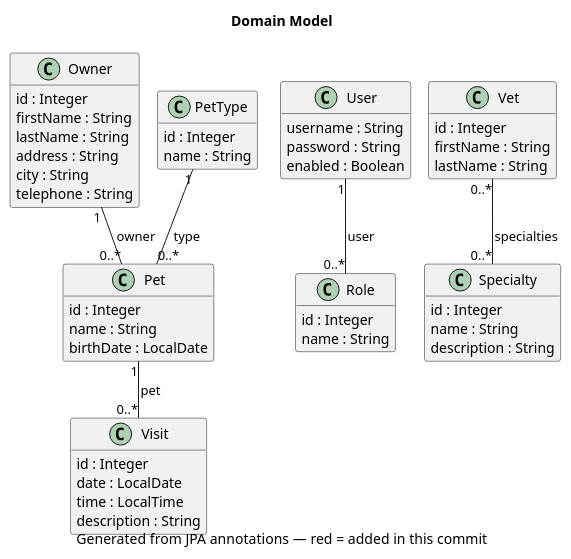
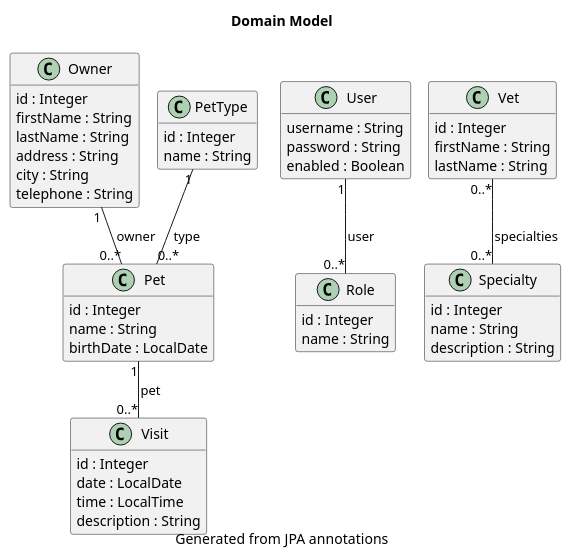
Before and after one commit to victorrentea/petclinic: the diagram in petclinic-backend/docs/generated/DomainModel.puml, drawn with PlantUML. The commit also changed 6 other files, not shown here.

First line of the commit message:
refactor(diagrams): commit plain snapshots, not baked-in commit diffs

```diff
--- a/petclinic-backend/docs/generated/DomainModel.puml
+++ b/petclinic-backend/docs/generated/DomainModel.puml
@@ -1,59 +1,59 @@
 @startuml
 !pragma layout smetana
 
 title Domain Model
-caption Generated from JPA annotations — red = added in this commit
+caption Generated from JPA annotations
 
 hide empty members
 skinparam classAttributeIconSize 0
 
 class Owner {
   id : Integer
   firstName : String
   lastName : String
   address : String
   city : String
   telephone : String
 }
 class Pet {
   id : Integer
   name : String
   birthDate : LocalDate
 }
 class PetType {
   id : Integer
   name : String
 }
 class Role {
   id : Integer
   name : String
 }
 class Specialty {
   id : Integer
   name : String
   description : String
 }
 class User {
   username : String
   password : String
   enabled : Boolean
 }
 class Vet {
   id : Integer
   firstName : String
   lastName : String
 }
 class Visit {
   id : Integer
   date : LocalDate
   time : LocalTime
   description : String
 }
 
 PetType "1" -- "0..*" Pet : type
 Owner "1" -- "0..*" Pet : owner
 User "1" -- "0..*" Role : user
 Vet "0..*" -- "0..*" Specialty : specialties
 Pet "1" -- "0..*" Visit : pet
 
 @enduml
```
